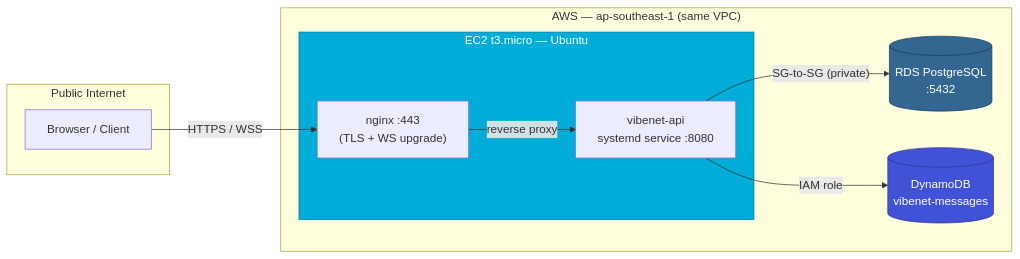
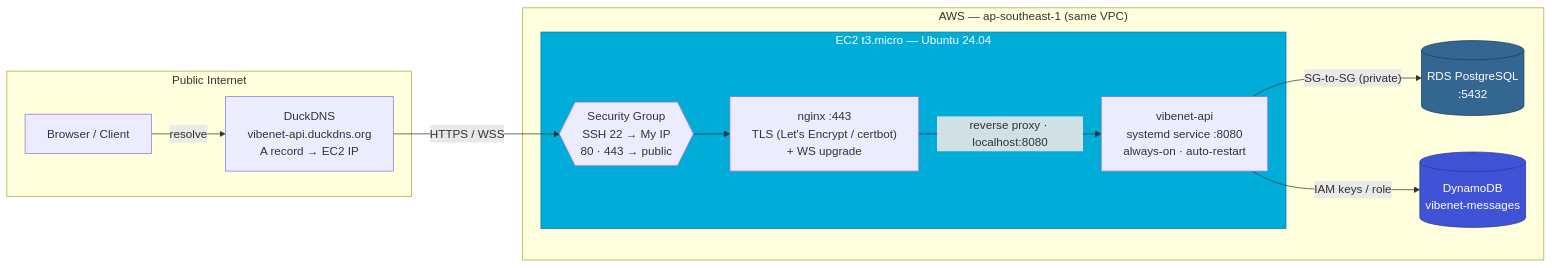
The third of 4 diagrams in README.md (ChamathDilshanC/VibeNet-backend), drawn with Mermaid before and after one commit. The commit also changed other lines of this file, not shown here.

````diff
--- a/README.md
+++ b/README.md
@@ -285,24 +287,28 @@
 ```mermaid
 flowchart LR
     subgraph Internet["Public Internet"]
         User["Browser / Client"]
+        DUCK["DuckDNS<br/>vibenet-api.duckdns.org<br/>A record → EC2 IP"]
     end
 
     subgraph AWS["AWS — ap-southeast-1 (same VPC)"]
-        subgraph EC2["EC2 t3.micro — Ubuntu"]
-            NGINX["nginx :443<br/>(TLS + WS upgrade)"]
-            SVC["vibenet-api<br/>systemd service :8080"]
+        subgraph EC2["EC2 t3.micro — Ubuntu 24.04"]
+            SG{{"Security Group<br/>SSH 22 → My IP<br/>80 · 443 → public"}}
+            NGINX["nginx :443<br/>TLS (Let's Encrypt / certbot)<br/>+ WS upgrade"]
+            SVC["vibenet-api<br/>systemd service :8080<br/>always-on · auto-restart"]
         end
         PG[("RDS PostgreSQL<br/>:5432")]
         DDB[("DynamoDB<br/>vibenet-messages")]
     end
 
-    User -->|"HTTPS / WSS"| NGINX
-    NGINX -->|"reverse proxy"| SVC
+    User -->|"resolve"| DUCK
+    DUCK -->|"HTTPS / WSS"| SG
+    SG --> NGINX
+    NGINX -->|"reverse proxy · localhost:8080"| SVC
     SVC -->|"SG-to-SG (private)"| PG
-    SVC -->|"IAM role"| DDB
+    SVC -->|"IAM keys / role"| DDB
 
     style EC2 fill:#00ADD8,color:#fff,stroke:#007a9e
     style PG fill:#336791,color:#fff,stroke:#1a3d5c
     style DDB fill:#4053D6,color:#fff,stroke:#2a3690
 ```
````
